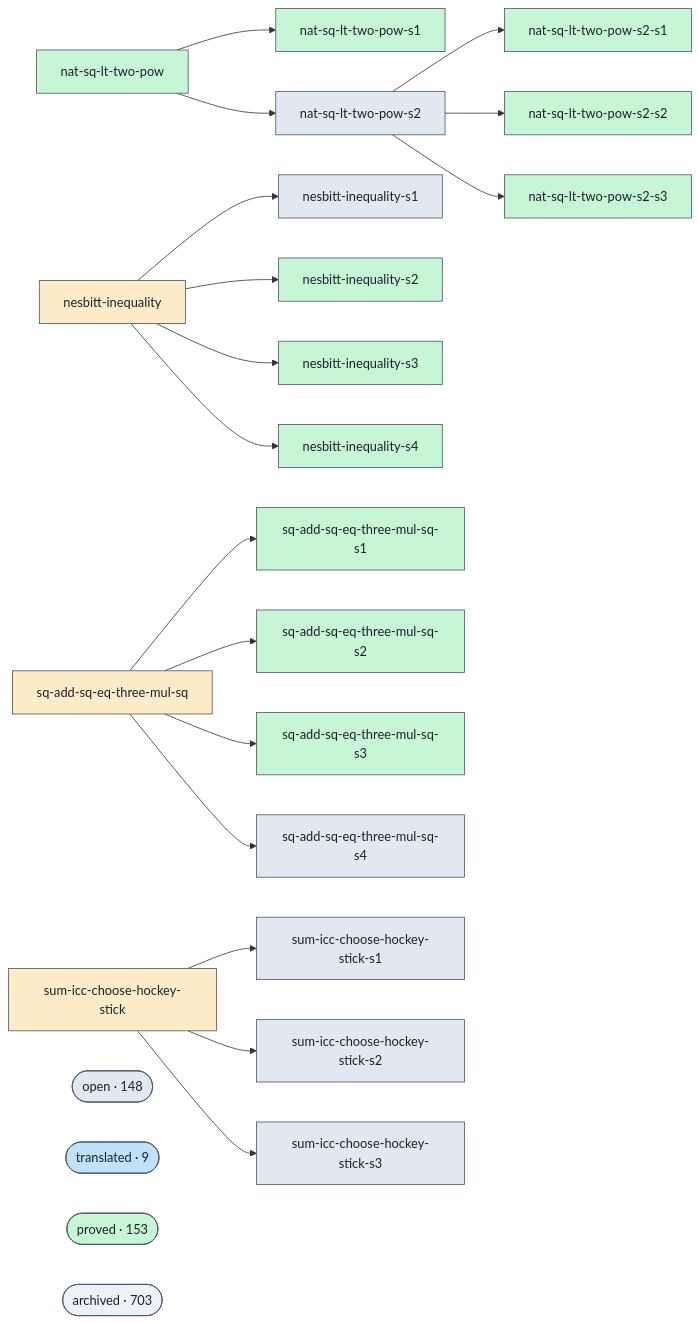
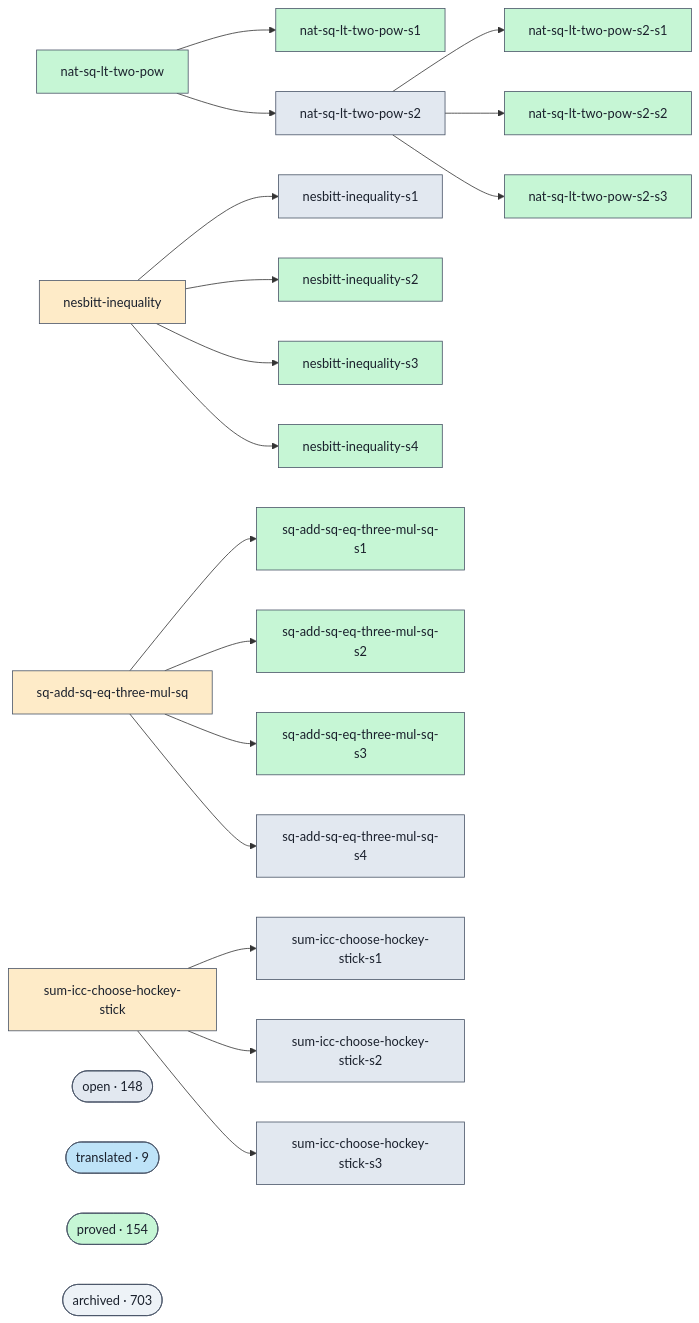
The diagram in docs/proofs-contributors-visualisation.md (ohdearquant/unsorry), drawn with Mermaid before and after one commit. The commit also changed other lines of this file and 2 other files, not shown here.

```diff
--- a/docs/proofs-contributors-visualisation.md
+++ b/docs/proofs-contributors-visualisation.md
@@ -102,7 +102,7 @@
   class cluster_open open;
   cluster_translated(["translated · 9"])
   class cluster_translated translated;
-  cluster_proved(["proved · 153"])
+  cluster_proved(["proved · 154"])
   class cluster_proved proved;
   cluster_archived(["archived · 703"])
   class cluster_archived unknown;
```
